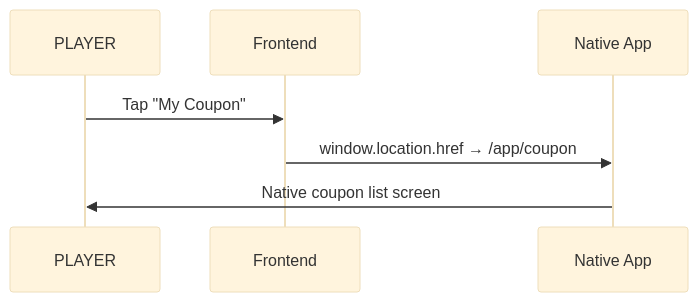
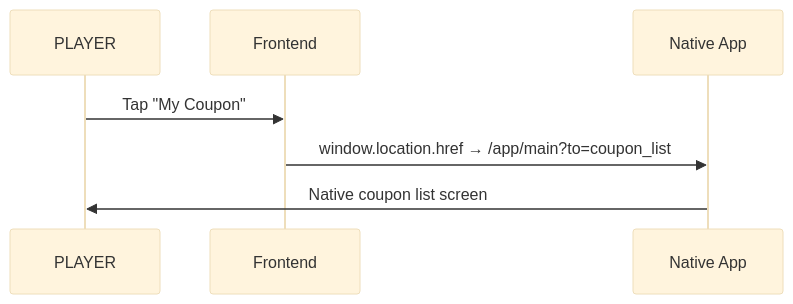
The third of 3 diagrams in spec/end-to-end/reward-claim-flow.md (st-dungnguyen/workshop-team-3), drawn with Mermaid (base theme) before and after one commit. The commit also changed other lines of this file and 15 other files, not shown here.

````diff
--- a/spec/end-to-end/reward-claim-flow.md
+++ b/spec/end-to-end/reward-claim-flow.md
@@ -120,10 +120,10 @@
 ```mermaid
 sequenceDiagram
     participant P as PLAYER
     participant FE as Frontend
     participant HOST as Native App
 
     P->>FE: Tap "My Coupon"
-    FE->>HOST: window.location.href → /app/coupon
+    FE->>HOST: window.location.href → /app/main?to=coupon_list
     HOST->>P: Native coupon list screen
 ```
````
